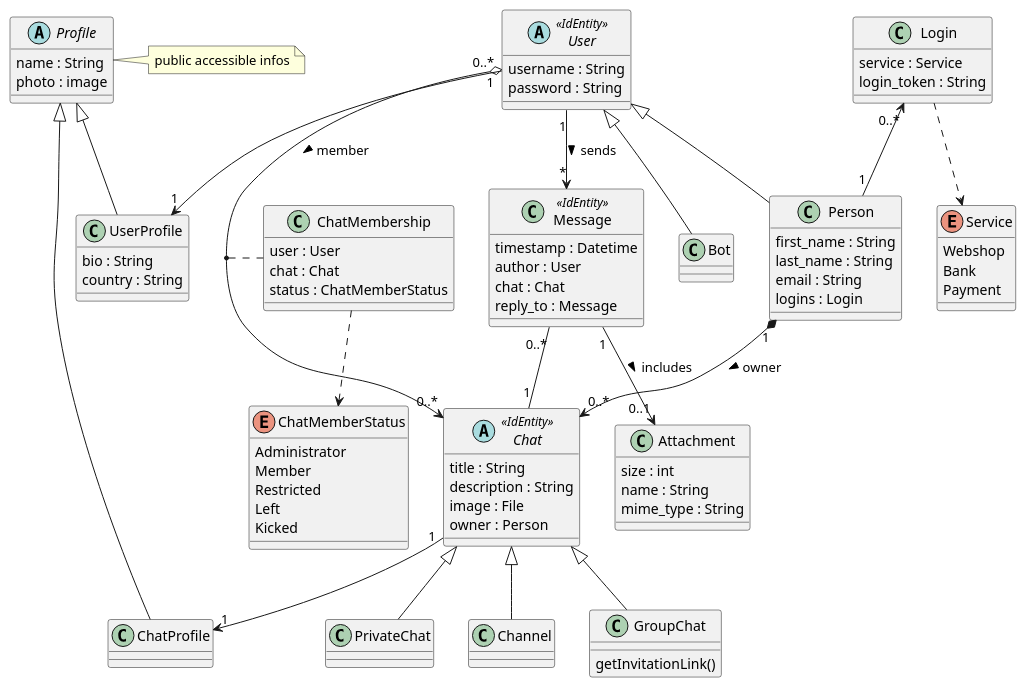
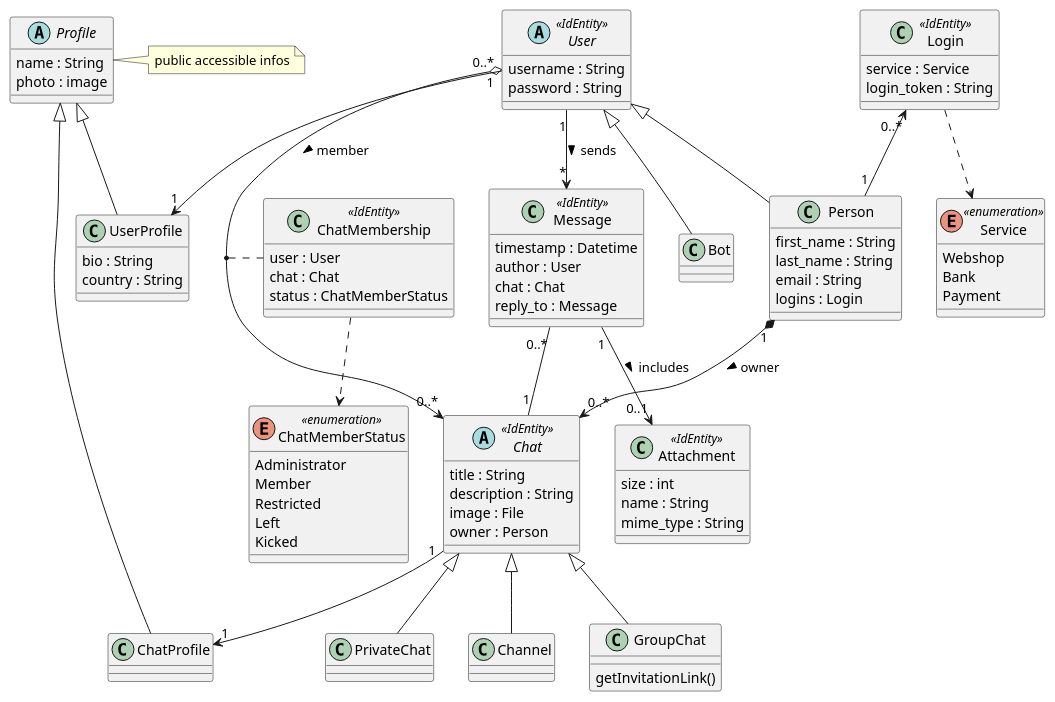
The diagram in src/doc/uml-domain.puml (bbenno/oth-sw), drawn with PlantUML before and after one commit. The commit also changed 1 other file, not shown here.

```diff
--- a/src/doc/uml-domain.puml
+++ b/src/doc/uml-domain.puml
@@ -1,112 +1,112 @@
 @startuml chat-domain
 ' classes in alphabetical order
-class Attachment {
+class Attachment <<IdEntity>> {
     size : int
     name : String
     mime_type : String
 }
 
 abstract class Chat <<IdEntity>> {
     title : String
     description : String
     image : File
     owner : Person
 }
 
-class ChatMembership {
+class ChatMembership <<IdEntity>> {
     user : User
     chat : Chat
     status : ChatMemberStatus
 }
 
-enum ChatMemberStatus {
+enum ChatMemberStatus <<enumeration>> {
     Administrator
     Member
     Restricted
     Left
     Kicked
 }
 
 class ChatProfile
 
 class GroupChat {
     getInvitationLink()
 }
 
-class Login {
+class Login <<IdEntity>> {
     service : Service
     login_token : String
 }
 
 class Message <<IdEntity>> {
     timestamp : Datetime
     author : User
     chat : Chat
     reply_to : Message
 }
 
 class Person {
     first_name : String
     last_name : String
     email : String
     logins : Login
 }
 
 class PrivateChat
 
 abstract class Profile {
     name : String
     photo : image
 }
 
-enum Service {
+enum Service <<enumeration>> {
     Webshop
     Bank
     Payment
 }
 
 abstract class User <<IdEntity>> {
     username : String
     password : String
 }
 
 class UserProfile {
     bio : String
     country : String
 }
 
 ' Inheritance
 '' Profile
 Profile <|-- ChatProfile
 Profile <|-- UserProfile
 '' Chat inheritance
 Chat <|-- PrivateChat
 Chat <|-- GroupChat
 Chat <|-- Channel
 
 '' Person inheritance
 User <|-- Person
 User <|-- Bot
 
 ' Relations
 '' to Chat
 Person "1" *--> "0..*" Chat : owner >
 User "0..*" o--> "0..*" Chat : member >
 (User, Chat) .. ChatMembership
 
 '' to Message
 User "1" --> "*" Message : sends >
 Message "0..*" -- "1" Chat
 Message "1" --> "0..1" Attachment : includes >
 
 '' with Enumerations
 Login ..> Service
 ChatMembership ..> ChatMemberStatus
 
 '' Misc
 Login "0..*" <-- "1" Person
 User "1" --> "1" UserProfile
 Chat "1" --> "1" ChatProfile
 
 note right of Profile: public accessible infos
 @enduml
```
